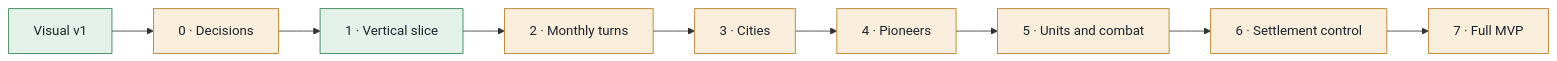
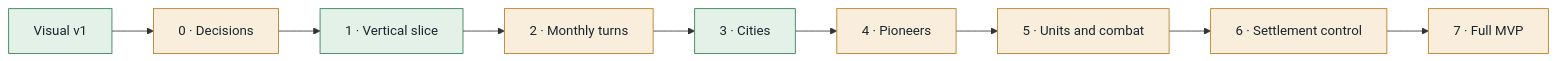
The diagram in README.md (EllaSharakanski/statecraft-israel), drawn with Mermaid before and after one commit. The commit also changed other lines of this file and 1 other file, not shown here.

````diff
--- a/README.md
+++ b/README.md
@@ -91,14 +96,14 @@
 ```mermaid
 flowchart LR
   V["Visual v1"]:::done --> P0["0 · Decisions"]:::now
   P0 --> P1["1 · Vertical slice"]:::done
   P1 --> P2["2 · Monthly turns"]:::now
-  P2 --> P3["3 · Cities"]:::now
+  P2 --> P3["3 · Cities"]:::done
   P3 --> P4["4 · Pioneers"]:::now
   P4 --> P5["5 · Units and combat"]:::now
   P5 --> P6["6 · Settlement control"]:::now
   P6 --> P7["7 · Full MVP"]:::now
   classDef done fill:#e3f1e8,stroke:#2f7d4f,color:#1c2430
   classDef now fill:#f8eedb,stroke:#b7791f,color:#1c2430
   classDef next fill:#eceff3,stroke:#8792a2,color:#1c2430
 ```
````
